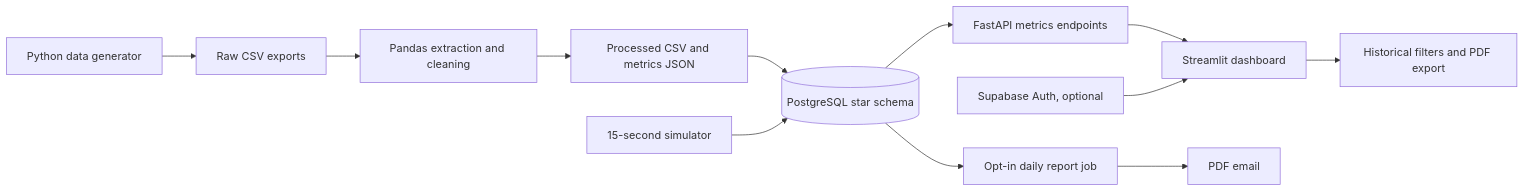
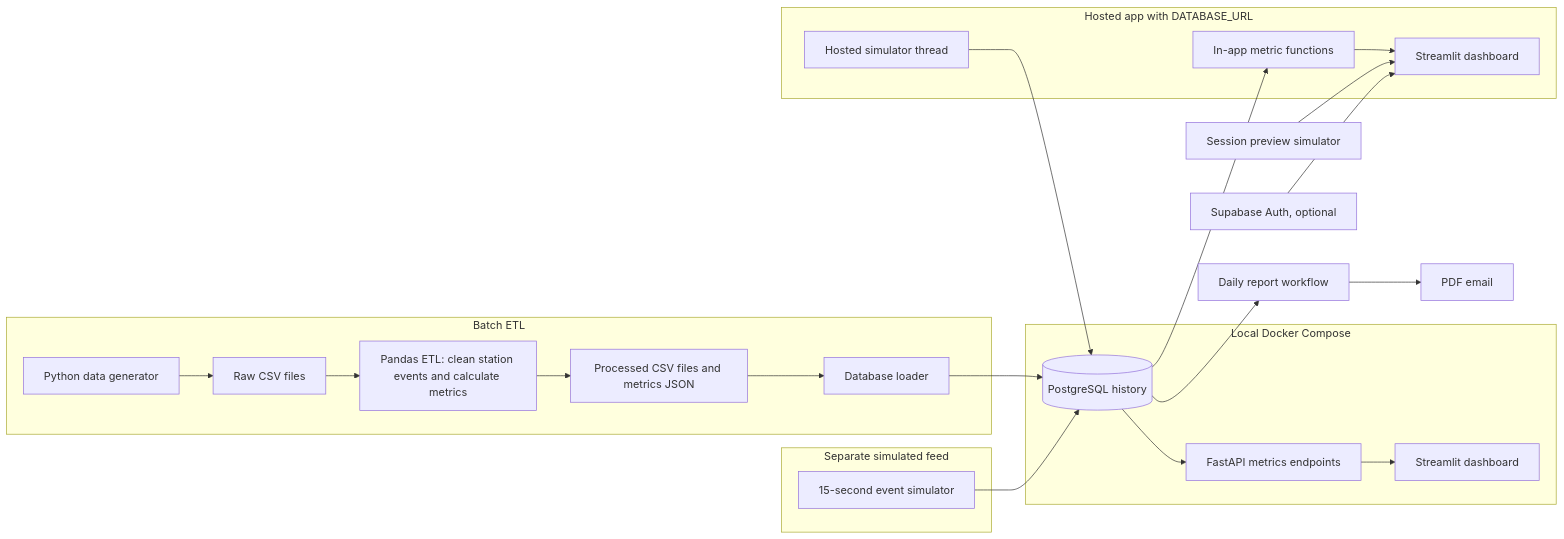
The diagram in README.md (satkmsk9618/assembly-line-data-pipeline), drawn with Mermaid before and after one commit. The commit also changed other lines of this file and 1 other file, not shown here.

Commit message:
Clarify pipeline architecture diagrams

````diff
--- a/README.md
+++ b/README.md
@@ -38,14 +38,27 @@
 ```mermaid
 flowchart LR
-    A[Python data generator] --> B[Raw CSV exports]
-    B --> C[Pandas extraction and cleaning]
-    C --> D[Processed CSV and metrics JSON]
-    D --> E[(PostgreSQL star schema)]
-    F[15-second simulator] --> E
-    E --> G[FastAPI metrics endpoints]
-    G --> H[Streamlit dashboard]
-    H --> I[Historical filters and PDF export]
-    J[Supabase Auth, optional] --> H
-    E --> K[Opt-in daily report job]
-    K --> L[PDF email]
+    subgraph Batch[Batch ETL]
+        A[Python data generator] --> B[Raw CSV files]
+        B --> C[Pandas ETL: clean station events and calculate metrics]
+        C --> D[Processed CSV files and metrics JSON]
+        D --> E[Database loader]
+    end
+    subgraph Live[Separate simulated feed]
+        F[15-second event simulator]
+    end
+    E --> G[(PostgreSQL history)]
+    F --> G
+    subgraph Local[Local Docker Compose]
+        G --> H[FastAPI metrics endpoints]
+        H --> I[Streamlit dashboard]
+    end
+    subgraph Hosted[Hosted app with DATABASE_URL]
+        G --> J[In-app metric functions]
+        J --> K[Streamlit dashboard]
+        L[Hosted simulator thread] --> G
+    end
+    M[Session preview simulator] --> K
+    N[Supabase Auth, optional] --> K
+    G --> O[Daily report workflow]
+    O --> P[PDF email]
 ```
````
